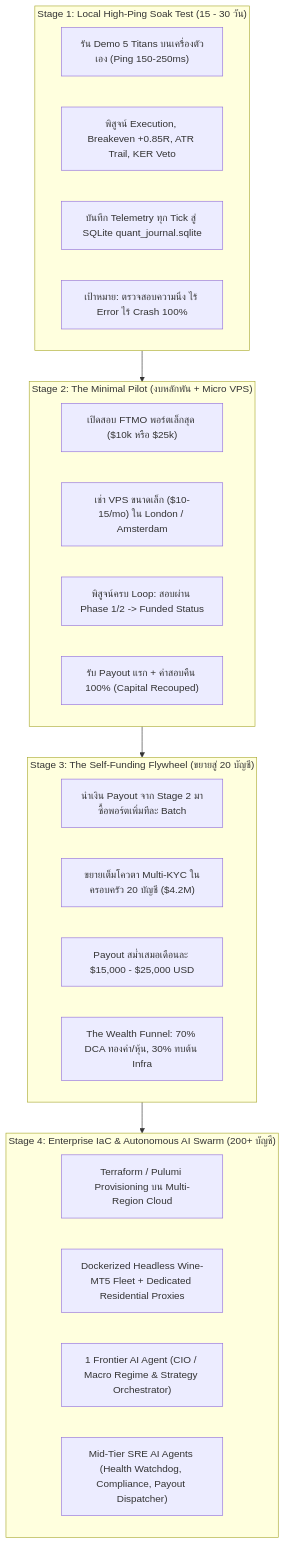
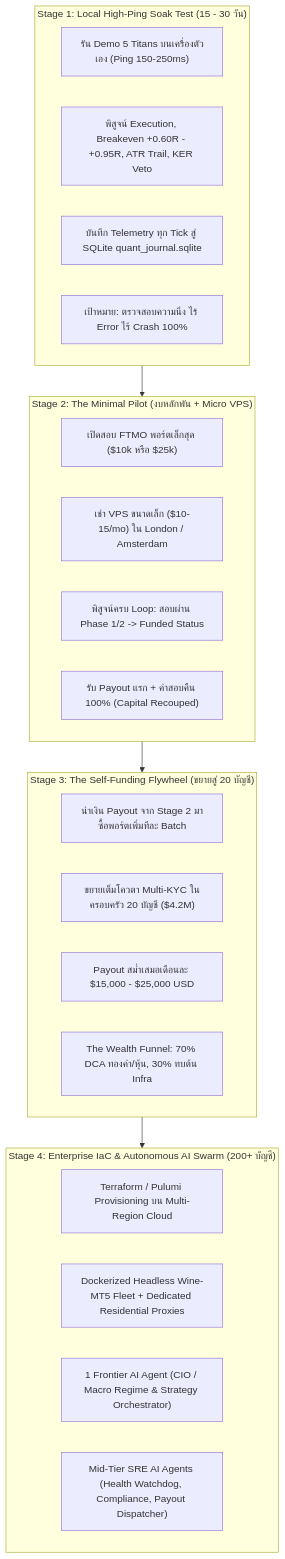
Before and after one commit to ugritchaichana/gold-quant-breakout-lab: the first of 2 diagrams in MASTER_ROADMAP_AND_GOAL.md, drawn with Mermaid. The commit also changed other lines of this file and 1 other file, not shown here.

Commit message:
docs: finalize master roadmap and complete session handoff prompt

````diff
--- a/MASTER_ROADMAP_AND_GOAL.md
+++ b/MASTER_ROADMAP_AND_GOAL.md
@@ -20,32 +20,32 @@
 ```mermaid
 flowchart TD
     subgraph S1["Stage 1: Local High-Ping Soak Test (15 - 30 วัน)"]
         A1["รัน Demo 5 Titans บนเครื่องตัวเอง (Ping 150-250ms)"]
-        A2["พิสูจน์ Execution, Breakeven +0.85R, ATR Trail, KER Veto"]
+        A2["พิสูจน์ Execution, Breakeven +0.60R - +0.95R, ATR Trail, KER Veto"]
         A3["บันทึก Telemetry ทุก Tick สู่ SQLite quant_journal.sqlite"]
         A4["เป้าหมาย: ตรวจสอบความนิ่ง ไร้ Error ไร้ Crash 100%"]
     end
 
     subgraph S2["Stage 2: The Minimal Pilot (งบหลักพัน + Micro VPS)"]
         B1["เปิดสอบ FTMO พอร์ตเล็กสุด ($10k หรือ $25k)"]
         B2["เช่า VPS ขนาดเล็ก ($10-15/mo) ใน London / Amsterdam"]
         B3["พิสูจน์ครบ Loop: สอบผ่าน Phase 1/2 -> Funded Status"]
         B4["รับ Payout แรก + ค่าสอบคืน 100% (Capital Recouped)"]
     end
 
     subgraph S3["Stage 3: The Self-Funding Flywheel (ขยายสู่ 20 บัญชี)"]
         C1["นำเงิน Payout จาก Stage 2 มาซื้อพอร์ตเพิ่มทีละ Batch"]
         C2["ขยายเต็มโควตา Multi-KYC ในครอบครัว 20 บัญชี ($4.2M)"]
         C3["Payout สม่ำเสมอเดือนละ $15,000 - $25,000 USD"]
         C4["The Wealth Funnel: 70% DCA ทองคำ/หุ้น, 30% ทบต้น Infra"]
     end
 
     subgraph S4["Stage 4: Enterprise IaC & Autonomous AI Swarm (200+ บัญชี)"]
         D1["Terraform / Pulumi Provisioning บน Multi-Region Cloud"]
         D2["Dockerized Headless Wine-MT5 Fleet + Dedicated Residential Proxies"]
         D3["1 Frontier AI Agent (CIO / Macro Regime & Strategy Orchestrator)"]
         D4["Mid-Tier SRE AI Agents (Health Watchdog, Compliance, Payout Dispatcher)"]
     end
 
     S1 --> S2 --> S3 --> S4
 ```
````
